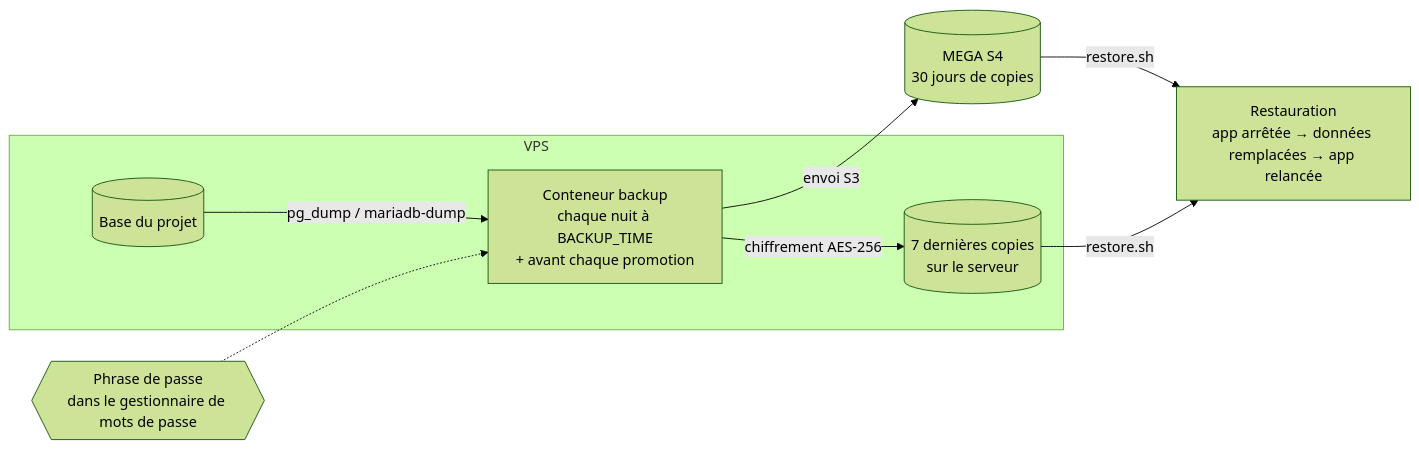
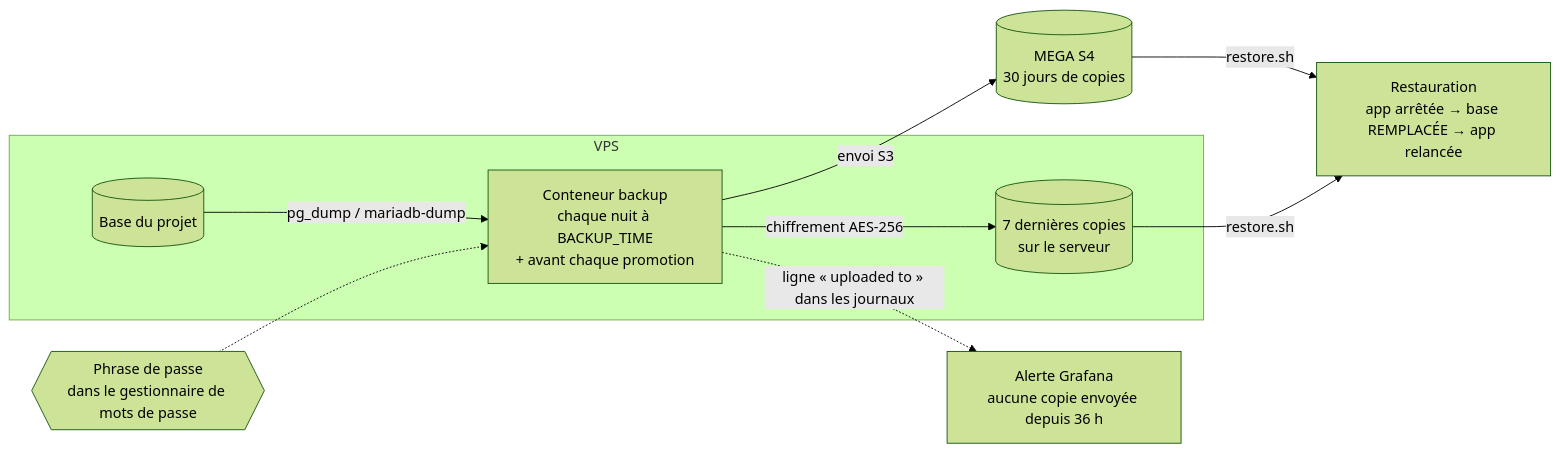
The eighth of 13 diagrams in docs/01-schemas.md (wilfreidlando/vcam-infra-deploy), drawn with Mermaid (forest theme) before and after one commit. The commit also changed other lines of this file and 1 other file, not shown here.

First line of the commit message:
docs(architecture) : trois niveaux de lecture, schéma des trois réseaux d'un conteneur web, supervision complète, alertes

````diff
--- a/docs/01-schemas.md
+++ b/docs/01-schemas.md
@@ -264,18 +309,19 @@
 ```mermaid
 flowchart LR
     subgraph Serveur["VPS"]
         DB[("Base du projet")]
         Agent["Conteneur backup<br/>chaque nuit à BACKUP_TIME<br/>+ avant chaque promotion"]
         Local[("7 dernières copies<br/>sur le serveur")]
     end
     Pass{{"Phrase de passe<br/>dans le gestionnaire de mots de passe"}}
     Remote[("MEGA S4<br/>30 jours de copies")]
 
     DB -->|"pg_dump / mariadb-dump"| Agent
     Agent -->|"chiffrement AES-256"| Local
     Agent -->|"envoi S3"| Remote
     Pass -.-> Agent
 
-    Remote -->|"restore.sh"| Restore["Restauration<br/>app arrêtée → données remplacées → app relancée"]
+    Remote -->|"restore.sh"| Restore["Restauration<br/>app arrêtée → base REMPLACÉE → app relancée"]
     Local -->|"restore.sh"| Restore
+    Agent -. "ligne « uploaded to » dans les journaux" .-> Watch["Alerte Grafana<br/>aucune copie envoyée depuis 36 h"]
 ```
````
